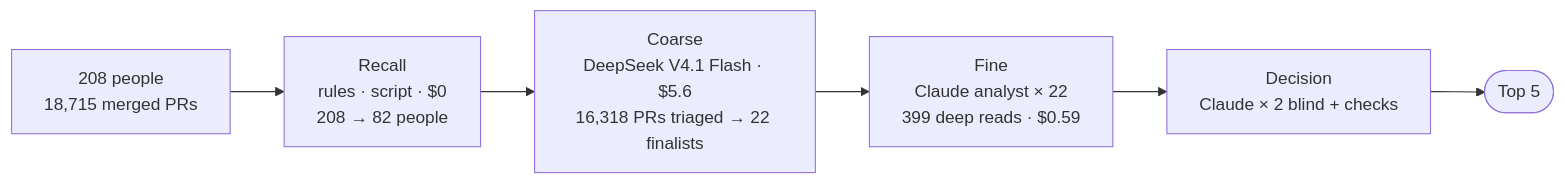
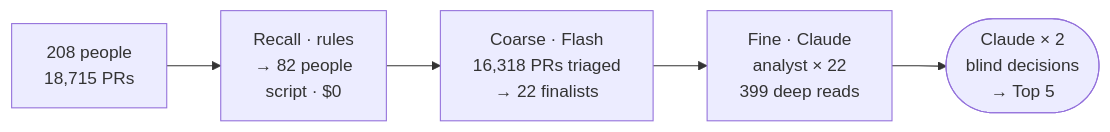
Before and after one commit to yuanyunchen/posthog-impact-dashboard: the first of 2 diagrams in README.md, drawn with Mermaid. The commit also changed other lines of this file, not shown here.

Commit message:
README: compact Mermaid labels so both diagrams fit the page width

````diff
--- a/README.md
+++ b/README.md
@@ -45,8 +47,7 @@
 ```mermaid
 flowchart LR
-    A["208 people<br/>18,715 merged PRs"] --> R["Recall<br/>rules · script · $0<br/>208 → 82 people"]
-    R --> C["Coarse<br/>DeepSeek V4.1 Flash · $5.6<br/>16,318 PRs triaged → 22 finalists"]
-    C --> F["Fine<br/>Claude analyst × 22<br/>399 deep reads · $0.59"]
-    F --> D["Decision<br/>Claude × 2 blind + checks"]
-    D --> T(["Top 5"])
+    A["208 people<br/>18,715 PRs"] --> R["Recall · rules<br/>→ 82 people<br/>script · $0"]
+    R --> C["Coarse · Flash<br/>16,318 PRs triaged<br/>→ 22 finalists"]
+    C --> F["Fine · Claude<br/>analyst × 22<br/>399 deep reads"]
+    F --> D(["Claude × 2<br/>blind decisions<br/>→ Top 5"])
 ```
````
